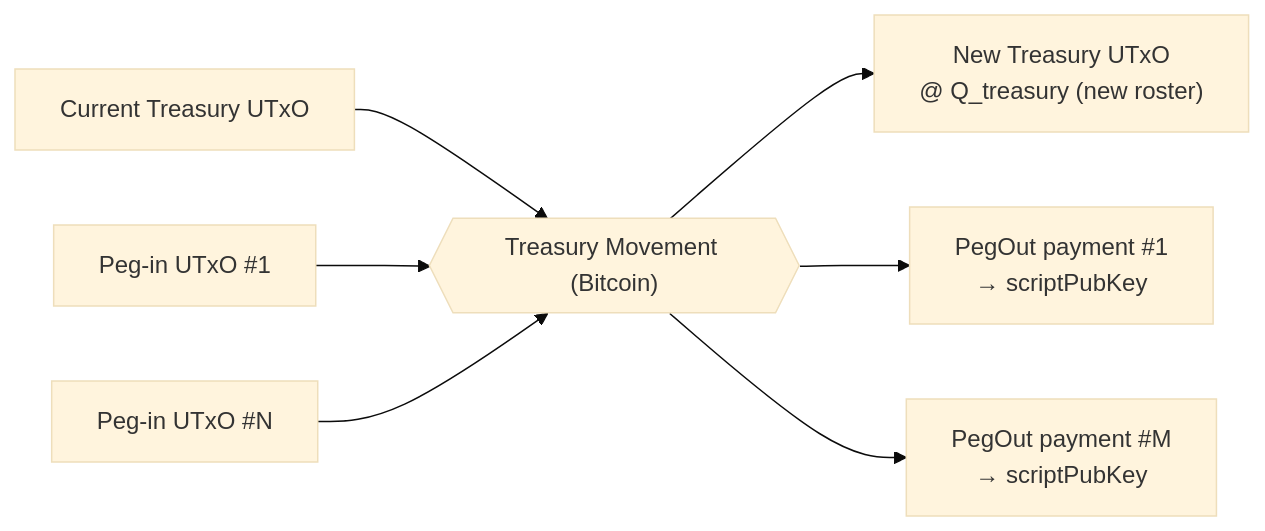
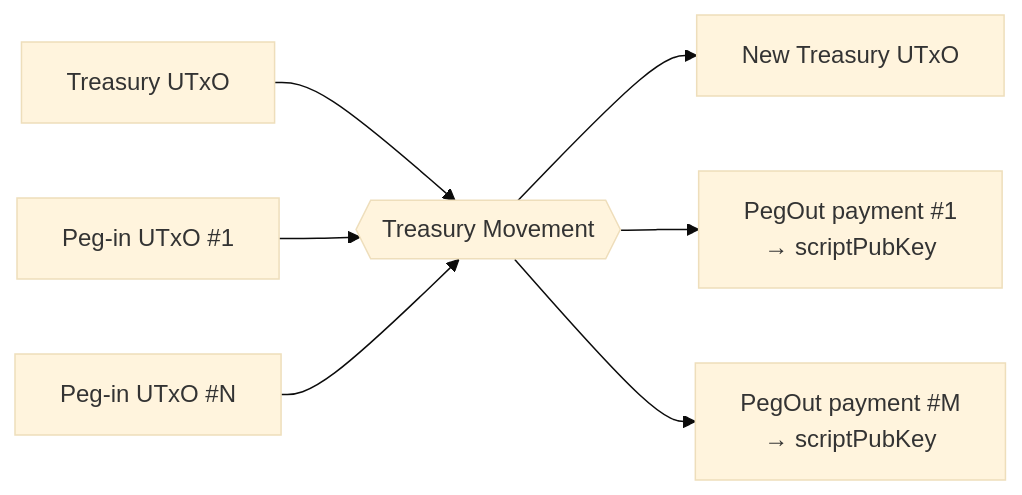
The fourth of 8 diagrams in documentation/technical_documentation.md (FluidTokens/ft-bifrost-bridge), drawn with Mermaid (base theme) before and after one commit. The commit also changed 9 other files, not shown here.

````diff
--- a/documentation/technical_documentation.md
+++ b/documentation/technical_documentation.md
@@ -578,9 +578,9 @@
 ```mermaid
 flowchart LR
-  tres_in["Current Treasury UTxO"] --> tx{{"Treasury Movement (Bitcoin)"}}
+  tres_in["Treasury UTxO"] --> tx{{"Treasury Movement"}}
   pin1["Peg-in UTxO #1"] --> tx
   pinN["Peg-in UTxO #N"] --> tx
-  tx --> tres_out["New Treasury UTxO<br/>@ Q_treasury (new roster)"]
+  tx --> tres_out["New Treasury UTxO<br/>"]
   tx --> pay1["PegOut payment #1<br/>→ scriptPubKey"]
   tx --> payM["PegOut payment #M<br/>→ scriptPubKey"]
 ```
````
